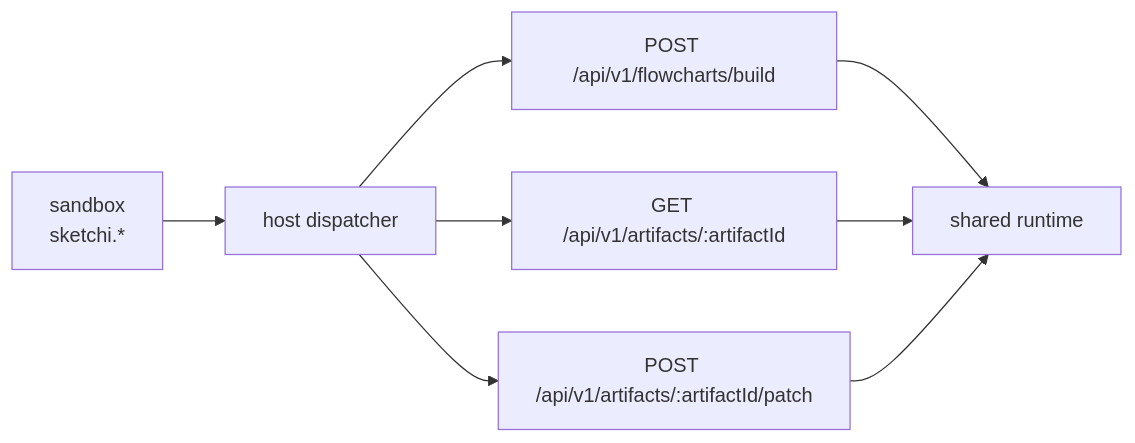
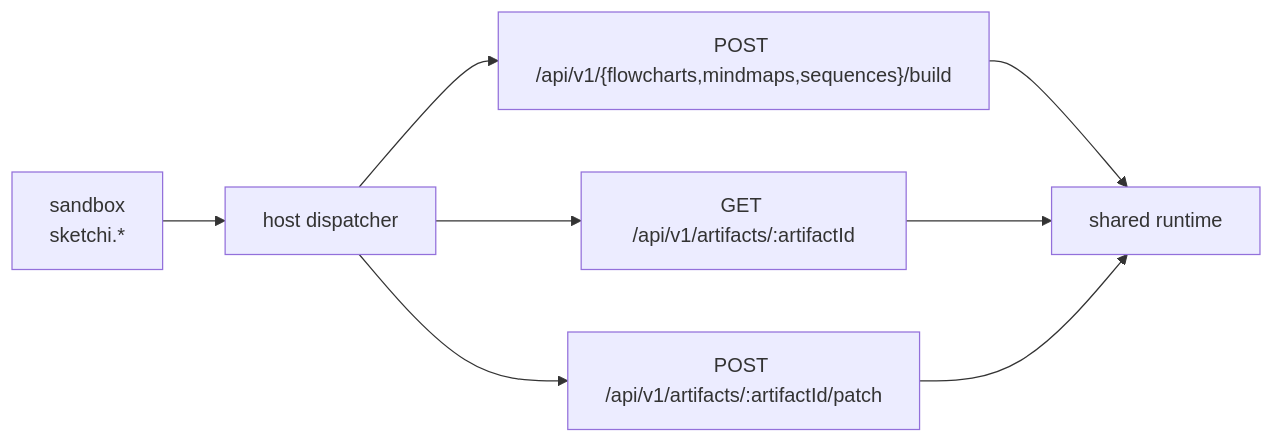
The fifth of 17 diagrams in docs/mcp-tool-catalog.md (shpitdev/sketchi), drawn with Mermaid before and after one commit. The commit also changed other lines of this file and 28 other files, not shown here.

Commit message:
feat(agent): expose native sequence diagrams in Code Mode

````diff
--- a/docs/mcp-tool-catalog.md
+++ b/docs/mcp-tool-catalog.md
@@ -251,17 +255,17 @@
 ```mermaid
 flowchart LR
   Code["sandbox<br/>sketchi.*"]
   Dispatcher["host dispatcher"]
-  Build["POST /api/v1/flowcharts/build"]
+  Build["POST /api/v1/{flowcharts,mindmaps,sequences}/build"]
   Artifact["GET /api/v1/artifacts/:artifactId"]
   Patch["POST /api/v1/artifacts/:artifactId/patch"]
   Runtime["shared runtime"]
 
   Code --> Dispatcher
   Dispatcher --> Build
   Dispatcher --> Artifact
   Dispatcher --> Patch
   Build --> Runtime
   Artifact --> Runtime
   Patch --> Runtime
 ```
````
